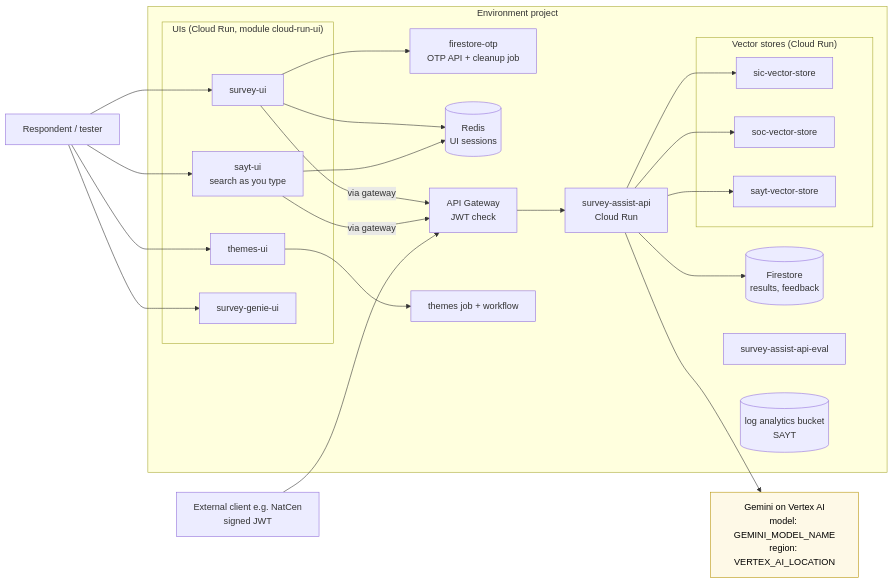
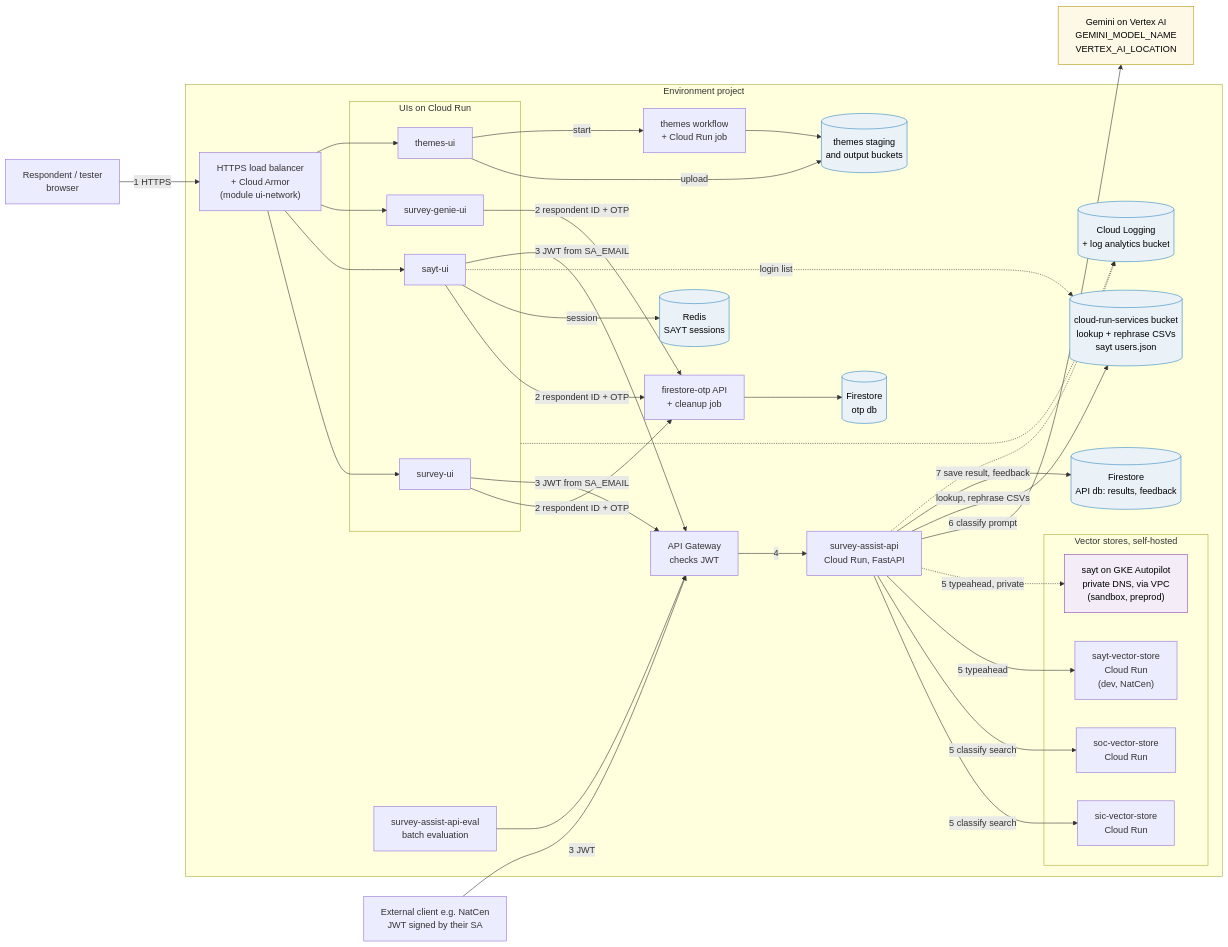
The second of 7 diagrams in my-notes/survey-assist-diagrams.md (joebadmus/gpt-clone), drawn with Mermaid before and after one commit. The commit also changed other lines of this file, not shown here.

````diff
--- a/my-notes/survey-assist-diagrams.md
+++ b/my-notes/survey-assist-diagrams.md
@@ -63,42 +64,71 @@
 ```mermaid
 flowchart LR
     classDef ext fill:#fef9e7,stroke:#b7950b,color:#000
+    classDef data fill:#eaf2f8,stroke:#2e86c1,color:#000
+    classDef gke fill:#f4ecf7,stroke:#8e44ad,color:#000
 
-    USER["Respondent / tester"]
-    CLIENT["External client e.g. NatCen<br/>signed JWT"]
+    USER["Respondent / tester<br/>browser"]
+    NATCEN["External client e.g. NatCen<br/>JWT signed by their SA"]
 
     subgraph ENV["Environment project"]
-        subgraph UIS["UIs (Cloud Run, module cloud-run-ui)"]
+        ALB["HTTPS load balancer<br/>+ Cloud Armor<br/>(module ui-network)"]
+
+        subgraph UIS["UIs on Cloud Run"]
             SUI["survey-ui"]
-            SAYTUI["sayt-ui<br/>search as you type"]
+            SAYTUI["sayt-ui"]
+            GUI["survey-genie-ui"]
             THUI["themes-ui"]
-            GUI["survey-genie-ui"]
         end
-        OTP["firestore-otp<br/>OTP API + cleanup job"]
-        REDIS[("Redis<br/>UI sessions")]
-        GW["API Gateway<br/>JWT check"]
-        API["survey-assist-api<br/>Cloud Run"]
-        subgraph VS["Vector stores (Cloud Run)"]
-            SIC["sic-vector-store"]
-            SOC["soc-vector-store"]
-            SAYT["sayt-vector-store"]
+
+        REDIS[("Redis<br/>SAYT sessions")]:::data
+        OTP["firestore-otp API<br/>+ cleanup job"]
+        OTPDB[("Firestore<br/>otp db")]:::data
+
+        GW["API Gateway<br/>checks JWT"]
+        API["survey-assist-api<br/>Cloud Run, FastAPI"]
+        EVAL["survey-assist-api-eval<br/>batch evaluation"]
+
+        subgraph VS["Vector stores, self-hosted"]
+            SIC["sic-vector-store<br/>Cloud Run"]
+            SOC["soc-vector-store<br/>Cloud Run"]
+            SAYTCR["sayt-vector-store<br/>Cloud Run<br/>(dev, NatCen)"]
+            SAYTGKE["sayt on GKE Autopilot<br/>private DNS, via VPC<br/>(sandbox, preprod)"]:::gke
         end
-        FS[("Firestore<br/>results, feedback")]
-        EVAL["survey-assist-api-eval"]
-        THJ["themes job + workflow"]
-        LOG[("log analytics bucket<br/>SAYT")]
+
+        BUCKET[("cloud-run-services bucket<br/>lookup + rephrase CSVs<br/>sayt users.json")]:::data
+        APIDB[("Firestore<br/>API db: results, feedback")]:::data
+
+        THJ["themes workflow<br/>+ Cloud Run job"]
+        THB[("themes staging<br/>and output buckets")]:::data
+
+        LOGS[("Cloud Logging<br/>+ log analytics bucket")]:::data
     end
 
-    GEM["Gemini on Vertex AI<br/>model: GEMINI_MODEL_NAME<br/>region: VERTEX_AI_LOCATION"]:::ext
+    GEM["Gemini on Vertex AI<br/>GEMINI_MODEL_NAME<br/>VERTEX_AI_LOCATION"]:::ext
 
-    USER --> SUI & SAYTUI & THUI & GUI
-    SUI --> OTP
-    SUI & SAYTUI --> REDIS
-    SUI & SAYTUI -->|via gateway| GW
-    CLIENT --> GW
-    GW --> API
-    API --> SIC & SOC & SAYT
-    API --> FS
-    API --> GEM
-    THUI --> THJ
+    USER -->|1 HTTPS| ALB
+    ALB --> SUI & SAYTUI & GUI & THUI
+
+    SUI & SAYTUI & GUI -->|2 respondent ID + OTP| OTP
+    OTP --> OTPDB
+    SAYTUI -->|session| REDIS
+    SAYTUI -.->|login list| BUCKET
+
+    SUI & SAYTUI -->|3 JWT from SA_EMAIL| GW
+    NATCEN -->|3 JWT| GW
+    EVAL --> GW
+    GW -->|4| API
+
+    API -->|5 classify search| SIC & SOC
+    API -->|5 typeahead| SAYTCR
+    API -.->|5 typeahead, private| SAYTGKE
+    API -->|6 classify prompt| GEM
+    API -->|lookup, rephrase CSVs| BUCKET
+    API -->|7 save result, feedback| APIDB
+
+    THUI -->|upload| THB
+    THUI -->|start| THJ
+    THJ --> THB
+
+    API & UIS -.-> LOGS
 ```
````
